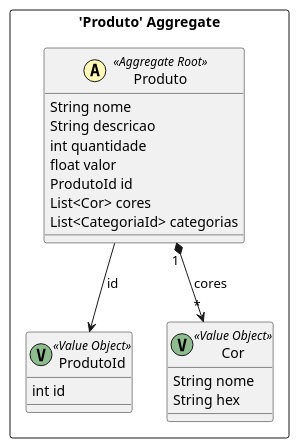
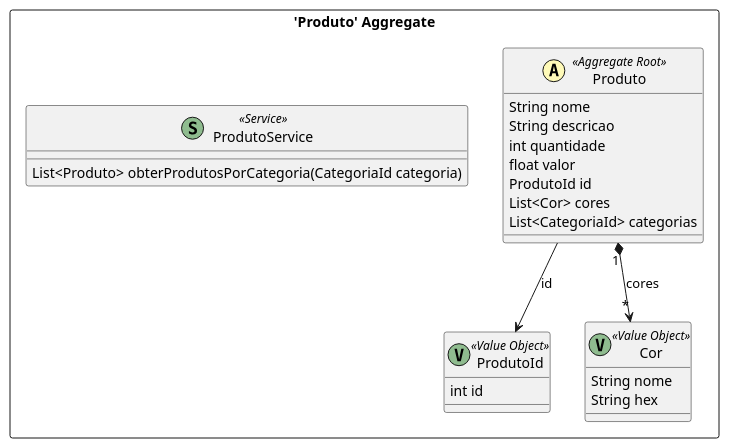
The diagram in ContextMapper/src-gen/ContextMapper_BC_Loja_Produto.puml (VictorHTenorio/Requisitos-Projeto-de-Software-e-Valida-o), drawn with PlantUML before and after one commit. The commit also changed 10 other files, not shown here.

```diff
--- a/ContextMapper/src-gen/ContextMapper_BC_Loja_Produto.puml
+++ b/ContextMapper/src-gen/ContextMapper_BC_Loja_Produto.puml
@@ -1,27 +1,30 @@
 @startuml
 
 skinparam componentStyle uml2
 
 package "'Produto' Aggregate" <<Rectangle>> {
 	class Produto <<(A,#fffab8) Aggregate Root>> {
 		String nome
 		String descricao
 		int quantidade
 		float valor
 		ProdutoId id
 		List<Cor> cores
 		List<CategoriaId> categorias
 	}
 	class ProdutoId <<(V,DarkSeaGreen) Value Object>> {
 		int id
 	}
 	class Cor <<(V,DarkSeaGreen) Value Object>> {
 		String nome
 		String hex
 	}
+	class ProdutoService <<(S,DarkSeaGreen) Service>> {
+		List<Produto> obterProdutosPorCategoria(CategoriaId categoria)
+	}
 }
 Produto --> ProdutoId : id
 Produto "1" *--> "*" Cor : cores
 
 
 @enduml
```
